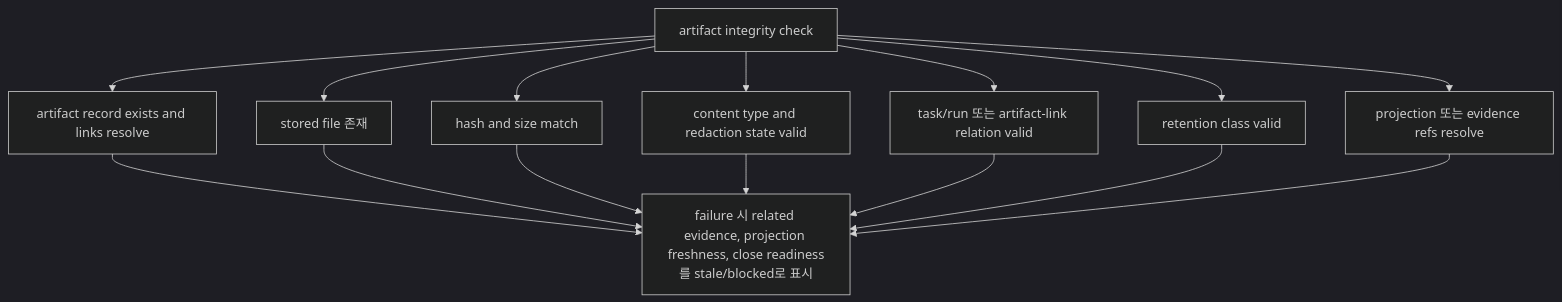
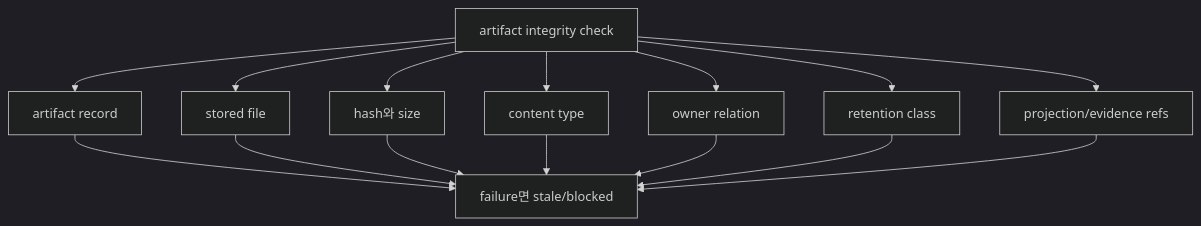
Diagram 11 of 11 in docs/ko/reference/operations-and-conformance.md (minjungw00/Harness_Project), drawn with Mermaid (dark theme) before and after one commit. The commit also changed other lines of this file and 20 other files, not shown here.

Commit message:
docs: refresh diagrams for staged authority model

````diff
--- a/docs/ko/reference/operations-and-conformance.md
+++ b/docs/ko/reference/operations-and-conformance.md
@@ -684,17 +684,17 @@
 ```mermaid
 flowchart TD
-  Check["artifact integrity check"] --> Record["artifact record exists and links resolve"]
-  Check --> File["stored file 존재"]
-  Check --> Hash["hash and size match"]
-  Check --> Type["content type and redaction state valid"]
-  Check --> Relation["task/run 또는 artifact-link relation valid"]
-  Check --> Retention["retention class valid"]
-  Check --> ProjectionRefs["projection 또는 evidence refs resolve"]
-  Record --> Consequence["failure 시 related evidence, projection freshness, close readiness를 stale/blocked로 표시"]
+  Check["artifact integrity check"] --> Record["artifact record"]
+  Check --> File["stored file"]
+  Check --> Hash["hash와 size"]
+  Check --> Type["content type"]
+  Check --> Relation["owner relation"]
+  Check --> Retention["retention class"]
+  Check --> ProjectionRefs["projection/evidence refs"]
+  Record --> Consequence["failure면 stale/blocked"]
   File --> Consequence
   Hash --> Consequence
   Type --> Consequence
   Relation --> Consequence
   Retention --> Consequence
   ProjectionRefs --> Consequence
 ```
````
